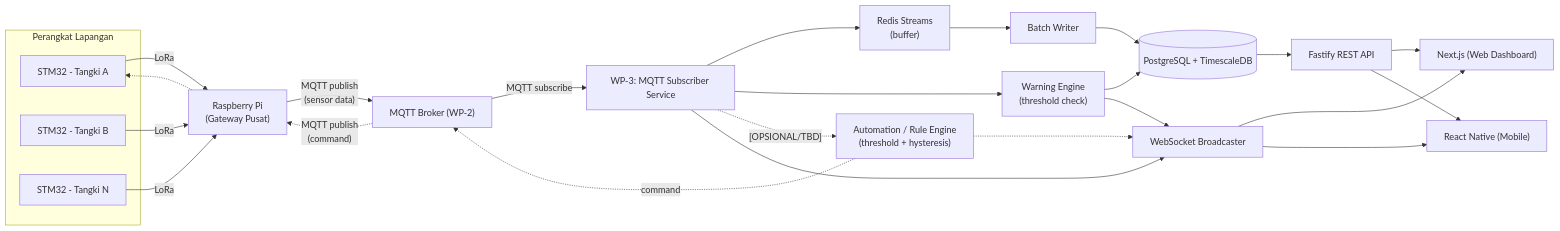
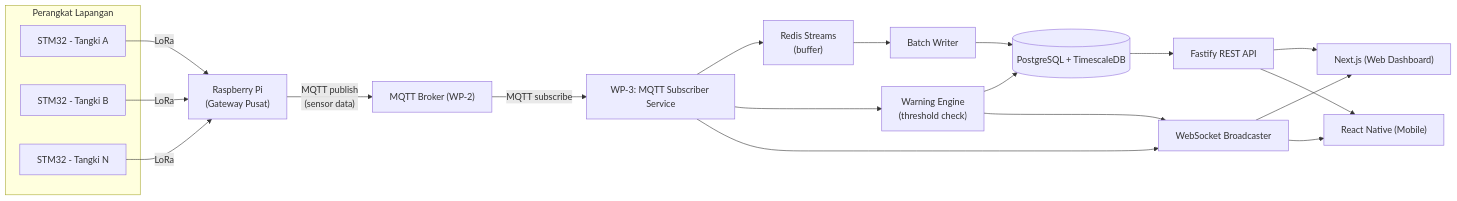
The first of 2 diagrams in requirements.md (PMLD-RSA/backend-rsa-ugm), drawn with Mermaid before and after one commit. The commit also changed other lines of this file and 38 other files, not shown here.

````diff
--- a/requirements.md
+++ b/requirements.md
@@ -75,37 +74,31 @@
 ```mermaid
 flowchart LR
     subgraph Field["Perangkat Lapangan"]
         S1["STM32 - Tangki A"]
         S2["STM32 - Tangki B"]
         S3["STM32 - Tangki N"]
     end
 
     S1 -- LoRa --> GW["Raspberry Pi\n(Gateway Pusat)"]
     S2 -- LoRa --> GW
     S3 -- LoRa --> GW
 
     GW -- "MQTT publish\n(sensor data)" --> BR["MQTT Broker (WP-2)"]
     BR -- "MQTT subscribe" --> SUB["WP-3: MQTT Subscriber Service"]
 
     SUB --> BUF["Redis Streams\n(buffer)"]
     BUF --> WR["Batch Writer"]
     WR --> DB[("PostgreSQL + TimescaleDB")]
 
     SUB --> WARN["Warning Engine\n(threshold check)"]
     WARN --> DB
 
-    SUB -.->|"[OPSIONAL/TBD]"| AUTO["Automation / Rule Engine\n(threshold + hysteresis)"]
-    AUTO -.->|"command"| BR
-    BR -.->|"MQTT publish\n(command)"| GW
-    GW -.-> S1
-
     DB --> API["Fastify REST API"]
     SUB --> WS["WebSocket Broadcaster"]
     WARN --> WS
-    AUTO -.-> WS
 
     API --> FE1["Next.js (Web Dashboard)"]
     WS --> FE1
     API --> FE2["React Native (Mobile)"]
     WS --> FE2
 ```
````
